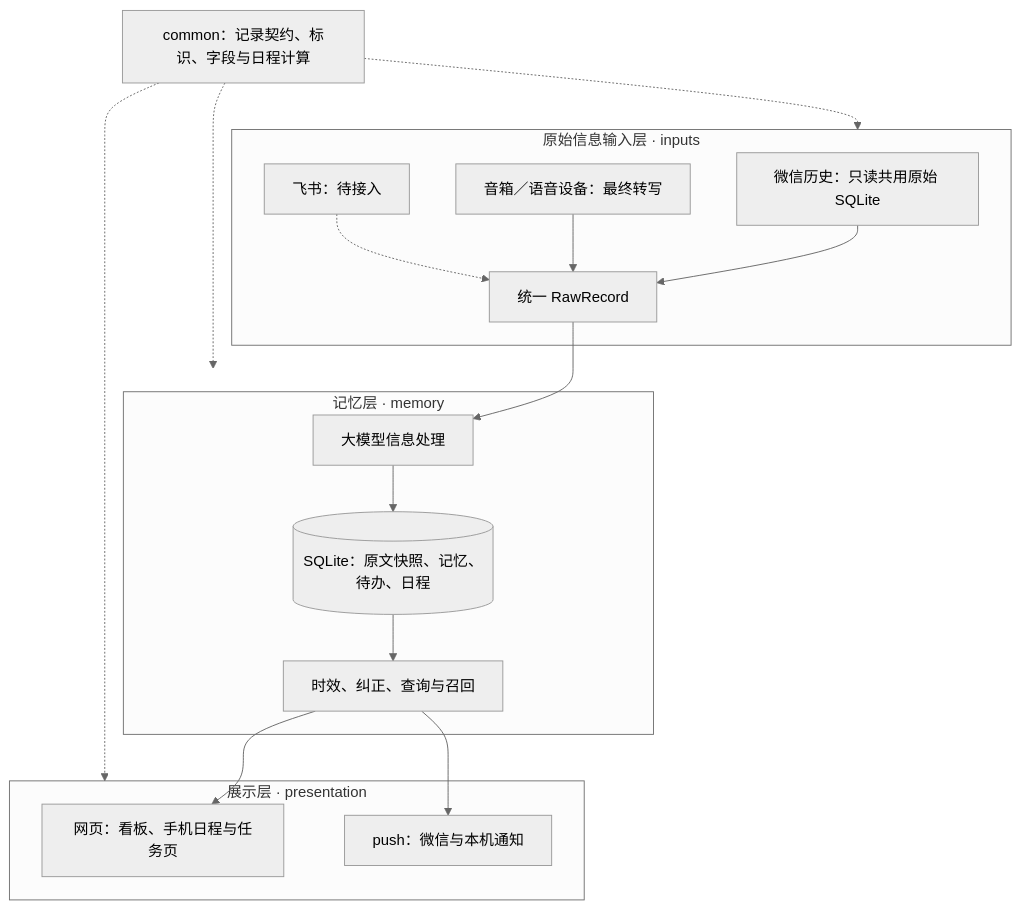
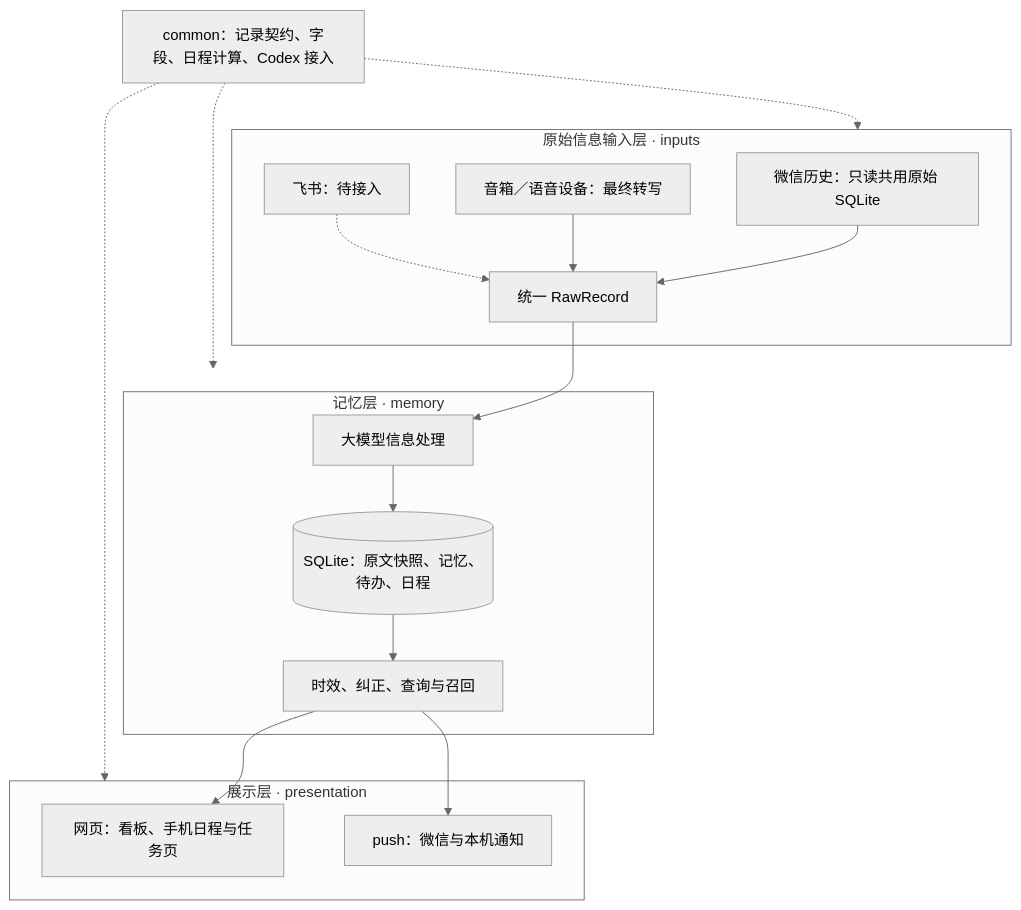
One commit to wq19901103wq/personal-context changed the diagram in docs/shared-capabilities.md. Above: the diagram before and after it, drawn with Mermaid (neutral theme). The commit also changed other lines of this file and 9 other files, not shown here.

````diff
--- a/docs/shared-capabilities.md
+++ b/docs/shared-capabilities.md
@@ -52,29 +54,29 @@
 ```mermaid
 flowchart TB
     subgraph INPUT[原始信息输入层 · inputs]
         WX[微信历史：只读共用原始 SQLite]
         VOICE[音箱／语音设备：最终转写]
         FS[飞书：待接入]
         RAW[统一 RawRecord]
         WX --> RAW
         VOICE --> RAW
         FS -.-> RAW
     end
     subgraph MEMORY[记忆层 · memory]
         MODEL[大模型信息处理]
         DB[(SQLite：原文快照、记忆、待办、日程)]
         RECALL[时效、纠正、查询与召回]
         MODEL --> DB --> RECALL
     end
     subgraph PRESENTATION[展示层 · presentation]
         DASH[网页：看板、手机日程与任务页]
         PUSH[push：微信与本机通知]
     end
     RAW --> MODEL
     RECALL --> DASH
     RECALL --> PUSH
-    COMMON[common：记录契约、标识、字段与日程计算]
+    COMMON[common：记录契约、字段、日程计算、Codex 接入]
     COMMON -.-> INPUT
     COMMON -.-> MEMORY
     COMMON -.-> PRESENTATION
 ```
````
